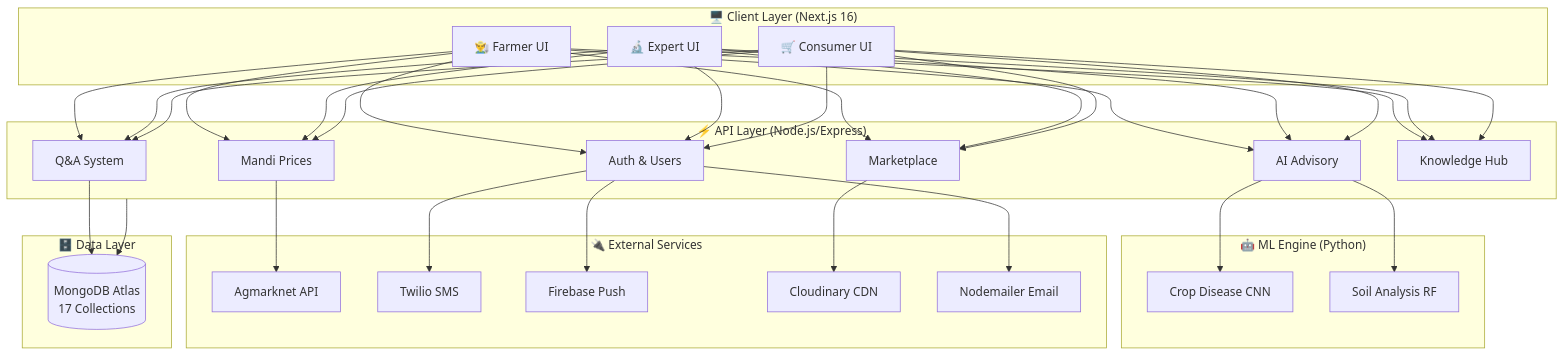
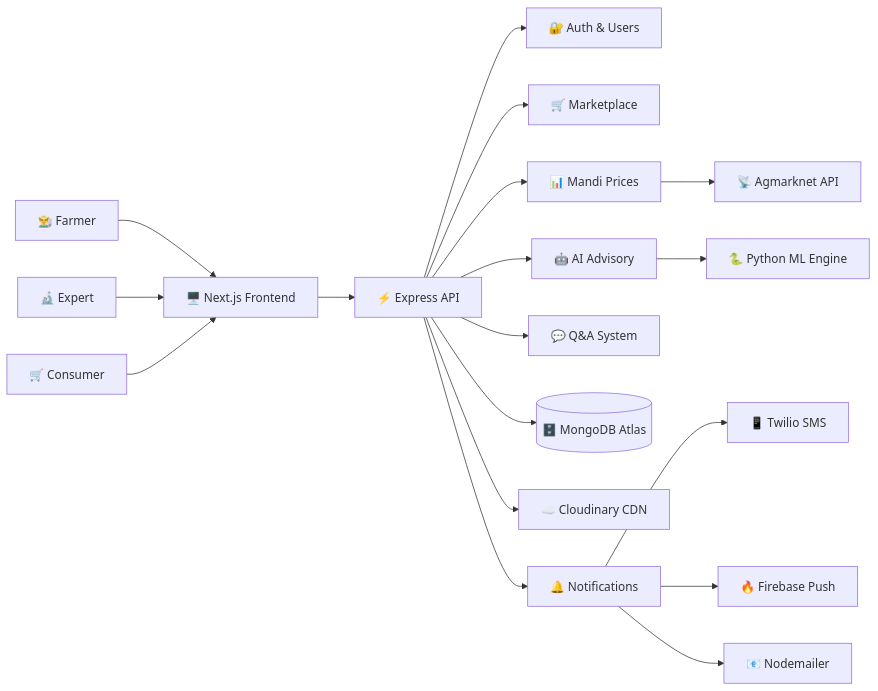
Before and after one commit to Harsh-1165/KrushiSetu: the first of 5 diagrams in README.md, drawn with Mermaid. The commit also changed other lines of this file, not shown here.

Commit message:
fix: replace broken SVG header, fix architecture diagram layout, replace mindmap with clean table

````diff
--- a/README.md
+++ b/README.md
@@ -49,42 +50,25 @@
 ```mermaid
-graph TB
-    subgraph CLIENT["🖥️ Client Layer (Next.js 16)"]
-        A[👨‍🌾 Farmer UI] 
-        B[🔬 Expert UI]
-        C[🛒 Consumer UI]
-    end
+graph LR
+    U1["👨‍🌾 Farmer"] --> FE
+    U2["🔬 Expert"] --> FE
+    U3["🛒 Consumer"] --> FE
 
-    subgraph API["⚡ API Layer (Node.js/Express)"]
-        D[Auth & Users]
-        E[Marketplace]
-        F[Mandi Prices]
-        G[AI Advisory]
-        H[Q&A System]
-        I[Knowledge Hub]
-    end
+    FE["🖥️ Next.js Frontend"] --> BE
 
-    subgraph ML["🤖 ML Engine (Python)"]
-        J[Crop Disease CNN]
-        K[Soil Analysis RF]
-    end
+    BE["⚡ Express API"] --> AUTH["🔐 Auth & Users"]
+    BE --> MKT["🛒 Marketplace"]
+    BE --> MANDI["📊 Mandi Prices"]
+    BE --> AI["🤖 AI Advisory"]
+    BE --> QA["💬 Q&A System"]
 
-    subgraph SERVICES["🔌 External Services"]
-        L[Agmarknet API]
-        M[Twilio SMS]
-        N[Firebase Push]
-        O[Cloudinary CDN]
-        P[Nodemailer Email]
-    end
+    AI --> ML["🐍 Python ML Engine"]
+    MANDI --> AGM["📡 Agmarknet API"]
 
-    subgraph DB["🗄️ Data Layer"]
-        Q[(MongoDB Atlas\n17 Collections)]
-    end
+    BE --> DB[("🗄️ MongoDB Atlas")]
+    BE --> CLOUD["☁️ Cloudinary CDN"]
+    BE --> NOTIFY["🔔 Notifications"]  
 
-    A & B & C --> D & E & F & G & H & I
-    G --> J & K
-    F --> L
-    H --> Q
-    E --> O
-    D --> M & N & P
-    API --> Q
+    NOTIFY --> SMS["📱 Twilio SMS"]
+    NOTIFY --> PUSH["🔥 Firebase Push"]
+    NOTIFY --> EMAIL["📧 Nodemailer"]
 ```
````
